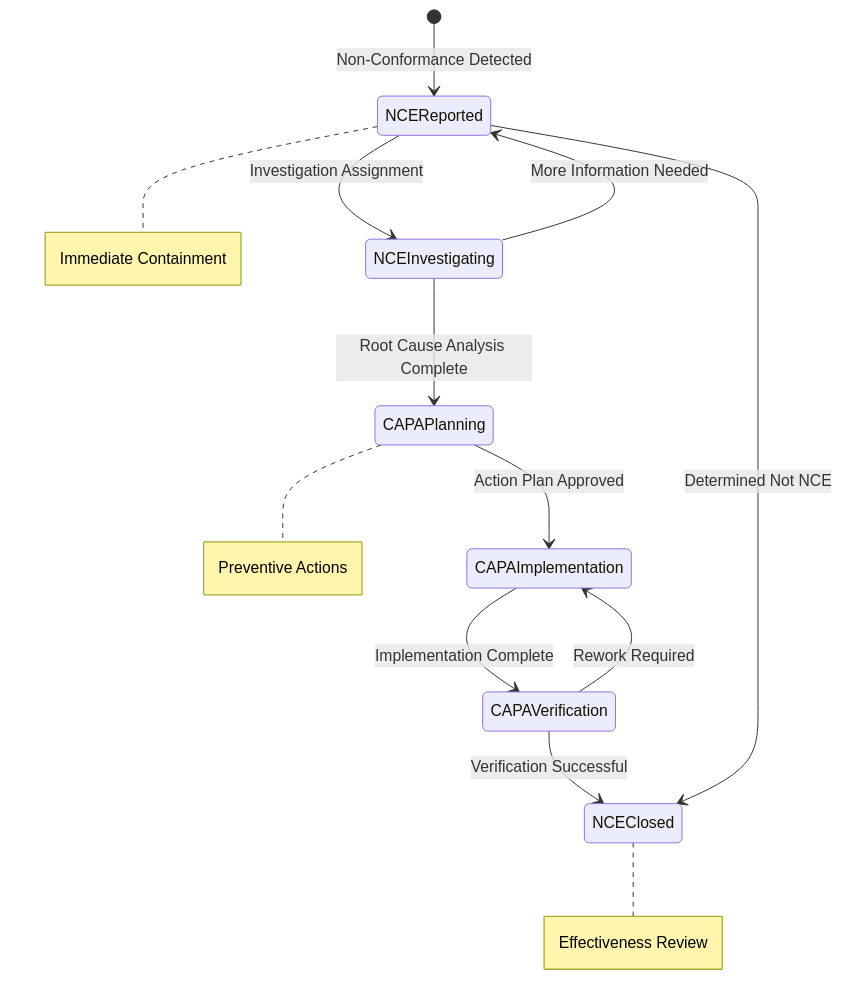
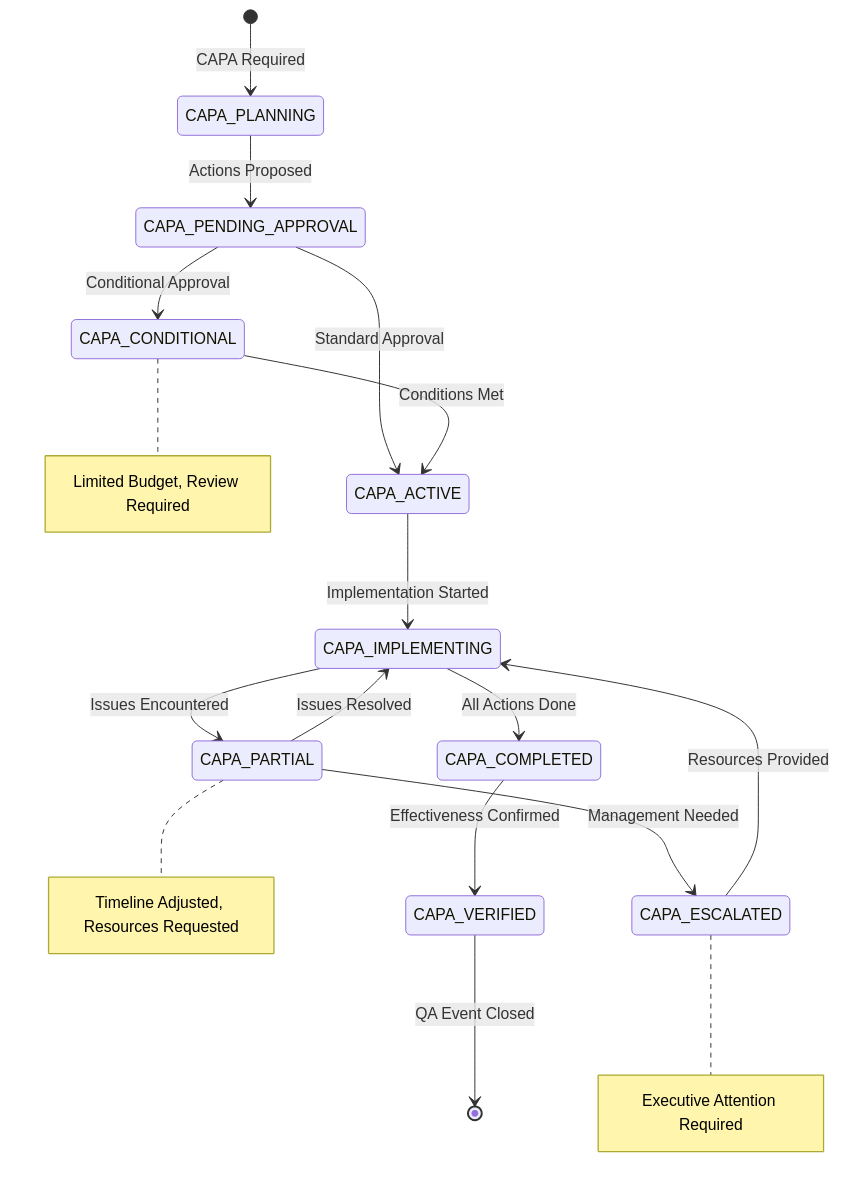
One commit to mean-machine-gc/openlis-global-code-analysis changed the second of 7 diagrams in docs/code-analysis/event-sourcing/03-qa-aggregate-lifecycle.md. Above: the diagram before and after it, drawn with Mermaid. The commit also changed other lines of this file and 9 other files, not shown here.

````diff
--- a/docs/code-analysis/event-sourcing/03-qa-aggregate-lifecycle.md
+++ b/docs/code-analysis/event-sourcing/03-qa-aggregate-lifecycle.md
@@ -53,16 +60,20 @@
 ```mermaid
 stateDiagram-v2
-    [*] --> NCEReported : Non-Conformance Detected
-    NCEReported --> NCEInvestigating : Investigation Assignment
-    NCEInvestigating --> CAPAPlanning : Root Cause Analysis Complete
-    CAPAPlanning --> CAPAImplementation : Action Plan Approved
-    CAPAImplementation --> CAPAVerification : Implementation Complete
-    CAPAVerification --> NCEClosed : Verification Successful
-    CAPAVerification --> CAPAImplementation : Rework Required
-    NCEInvestigating --> NCEReported : More Information Needed
-    NCEReported --> NCEClosed : Determined Not NCE
+    [*] --> CAPA_PLANNING : CAPA Required
+    CAPA_PLANNING --> CAPA_PENDING_APPROVAL : Actions Proposed
+    CAPA_PENDING_APPROVAL --> CAPA_ACTIVE : Standard Approval
+    CAPA_PENDING_APPROVAL --> CAPA_CONDITIONAL : Conditional Approval
+    CAPA_CONDITIONAL --> CAPA_ACTIVE : Conditions Met
+    CAPA_ACTIVE --> CAPA_IMPLEMENTING : Implementation Started
+    CAPA_IMPLEMENTING --> CAPA_PARTIAL : Issues Encountered
+    CAPA_IMPLEMENTING --> CAPA_COMPLETED : All Actions Done
+    CAPA_PARTIAL --> CAPA_IMPLEMENTING : Issues Resolved
+    CAPA_PARTIAL --> CAPA_ESCALATED : Management Needed
+    CAPA_ESCALATED --> CAPA_IMPLEMENTING : Resources Provided
+    CAPA_COMPLETED --> CAPA_VERIFIED : Effectiveness Confirmed
+    CAPA_VERIFIED --> [*] : QA Event Closed
     
-    note right of NCEReported : Immediate Containment
-    note right of CAPAPlanning : Preventive Actions
-    note right of NCEClosed : Effectiveness Review
+    note right of CAPA_CONDITIONAL : Limited Budget, Review Required
+    note right of CAPA_PARTIAL : Timeline Adjusted, Resources Requested
+    note right of CAPA_ESCALATED : Executive Attention Required
 ```
````
